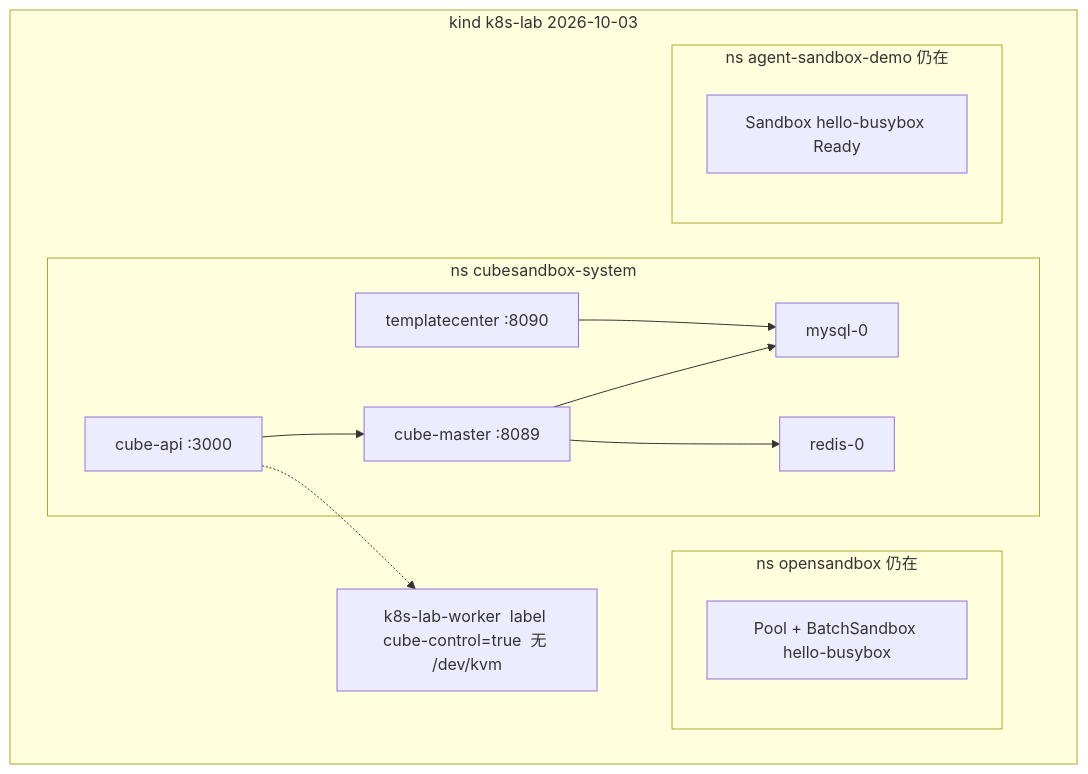
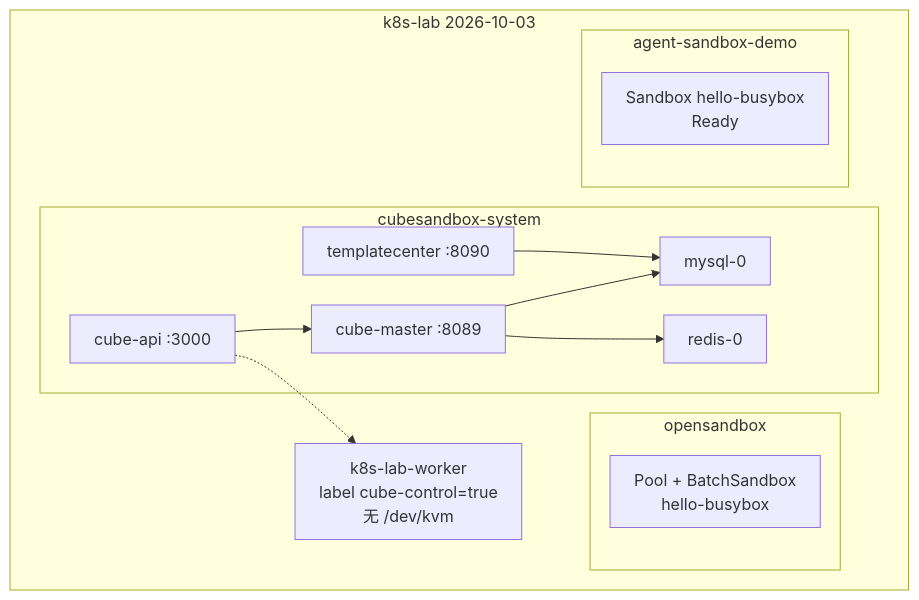
The fourth of 4 diagrams in docs/cubesandbox-controlplane.md (forrestIsRunning/kind-k8s-learning), drawn with Mermaid before and after one commit. The commit also changed other lines of this file and 2 other files, not shown here.

Commit message:
Stop mermaid diagrams from clipping labels and bottoms.

````diff
--- a/docs/cubesandbox-controlplane.md
+++ b/docs/cubesandbox-controlplane.md
@@ -254,28 +292,38 @@
 ```mermaid
+---
+config:
+  flowchart:
+    htmlLabels: true
+    wrappingWidth: 200
+    padding: 12
+    useMaxWidth: false
+    rankSpacing: 35
+    nodeSpacing: 20
+---
 flowchart TB
-  subgraph kind["kind k8s-lab  2026-10-03"]
-    WK["k8s-lab-worker  label cube-control=true  无 /dev/kvm"]
+  subgraph kind["k8s-lab 2026-10-03"]
+    WK["k8s-lab-worker<br/>label cube-control=true<br/>无 /dev/kvm"]
 
-    subgraph cube["ns cubesandbox-system"]
+    subgraph cube["cubesandbox-system"]
       API["cube-api :3000"]
       M["cube-master :8089"]
       TC["templatecenter :8090"]
       MY["mysql-0"]
       RD["redis-0"]
     end
 
-    subgraph os["ns opensandbox  仍在"]
-      P["Pool + BatchSandbox hello-busybox"]
+    subgraph os["opensandbox"]
+      P["Pool + BatchSandbox<br/>hello-busybox"]
     end
 
-    subgraph as["ns agent-sandbox-demo  仍在"]
-      SB["Sandbox hello-busybox Ready"]
+    subgraph as["agent-sandbox-demo"]
+      SB["Sandbox hello-busybox<br/>Ready"]
     end
   end
 
   API --> M
   M --> MY
   M --> RD
   TC --> MY
   API -.-> WK
 ```
````
